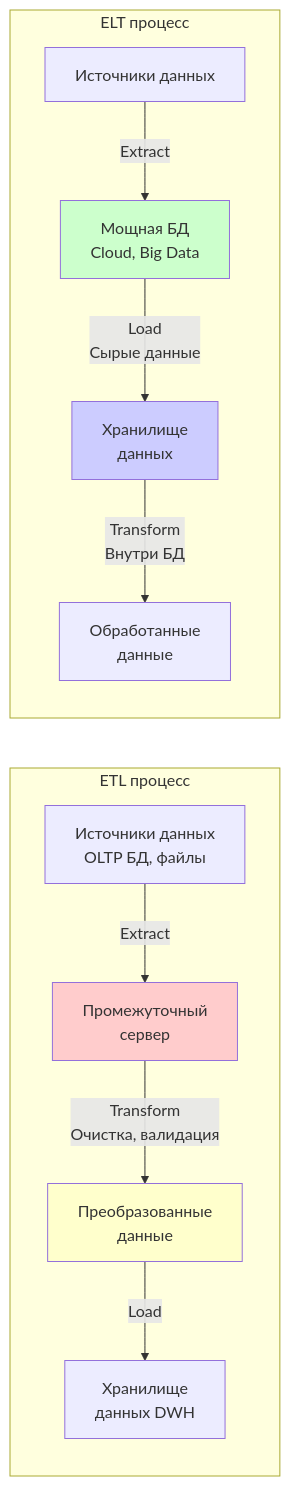
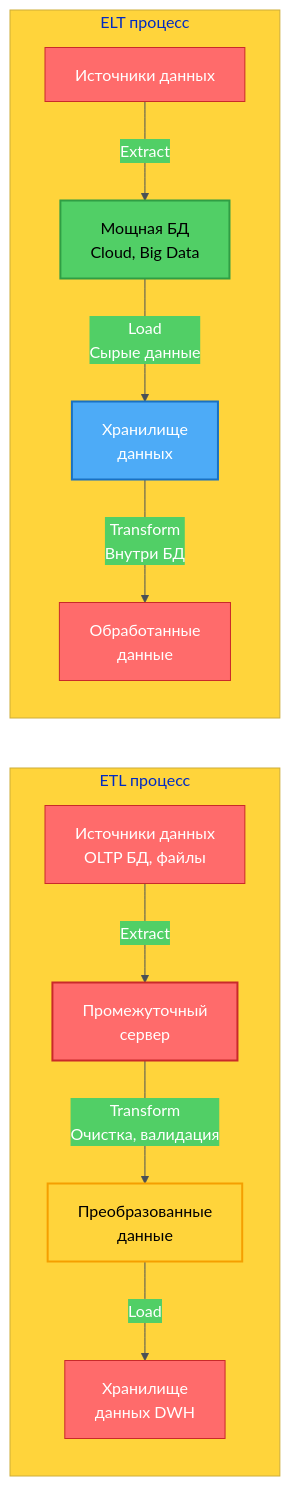
One commit to alx314vo/db_exam changed the sixth of 23 diagrams in db_exam.md. Above: the diagram before and after it, drawn with Mermaid. The commit also changed other lines of this file, not shown here.

Commit message:
added diagrams

````diff
--- a/db_exam.md
+++ b/db_exam.md
@@ -310,19 +371,20 @@
 ```mermaid
+%%{init: {'theme':'base', 'themeVariables': {'primaryColor':'#ff6b6b','primaryTextColor':'#fff','primaryBorderColor':'#c92a2a','lineColor':'#495057','secondaryColor':'#51cf66','tertiaryColor':'#ffd43b'}}}%%
 graph LR
     subgraph "ETL процесс"
         A1[Источники данных<br/>OLTP БД, файлы] -->|Extract| B1[Промежуточный<br/>сервер]
         B1 -->|Transform<br/>Очистка, валидация| C1[Преобразованные<br/>данные]
         C1 -->|Load| D1[Хранилище<br/>данных DWH]
     end
     
     subgraph "ELT процесс"
         A2[Источники данных] -->|Extract| B2[Мощная БД<br/>Cloud, Big Data]
         B2 -->|Load<br/>Сырые данные| C2[Хранилище<br/>данных]
         C2 -->|Transform<br/>Внутри БД| D2[Обработанные<br/>данные]
     end
     
-    style B1 fill:#ffcccc
-    style C1 fill:#ffffcc
-    style B2 fill:#ccffcc
-    style C2 fill:#ccccff
+    style B1 fill:#ff6b6b,stroke:#c92a2a,stroke-width:2px,color:#fff
+    style C1 fill:#ffd43b,stroke:#f59f00,stroke-width:2px,color:#000
+    style B2 fill:#51cf66,stroke:#2f9e44,stroke-width:2px,color:#000
+    style C2 fill:#4dabf7,stroke:#1971c2,stroke-width:2px,color:#fff
 ```
````
